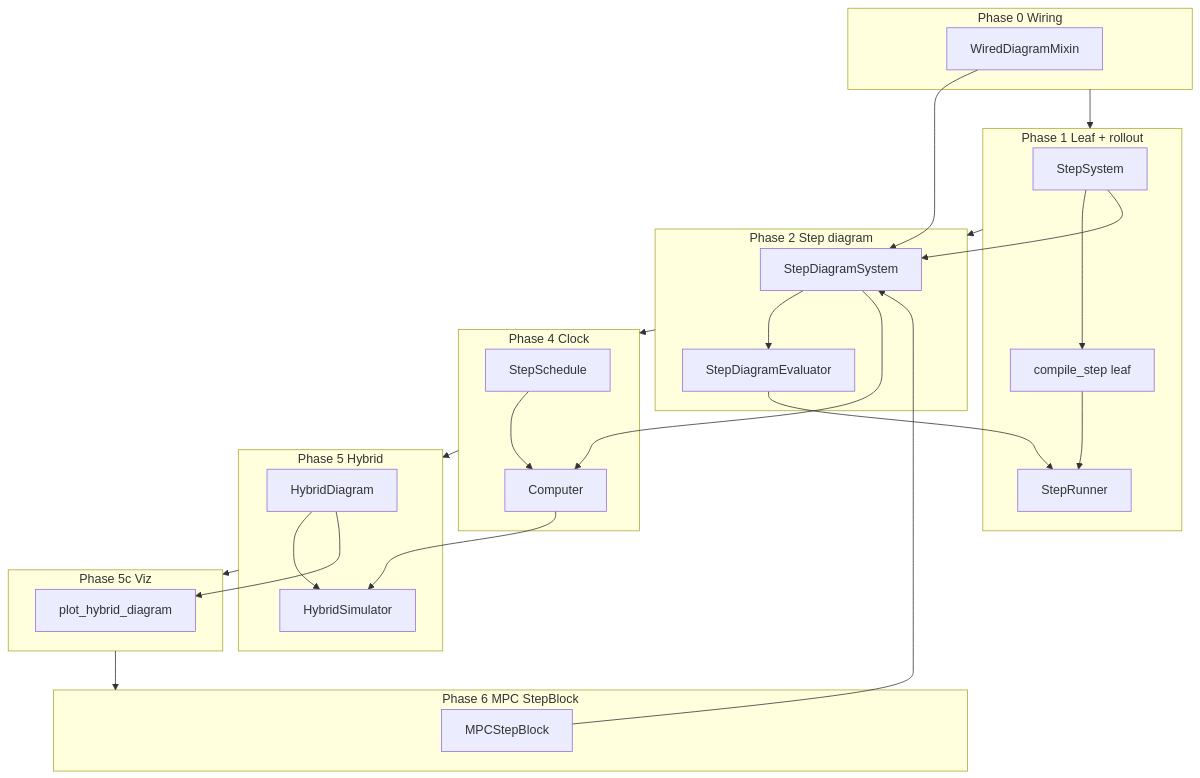
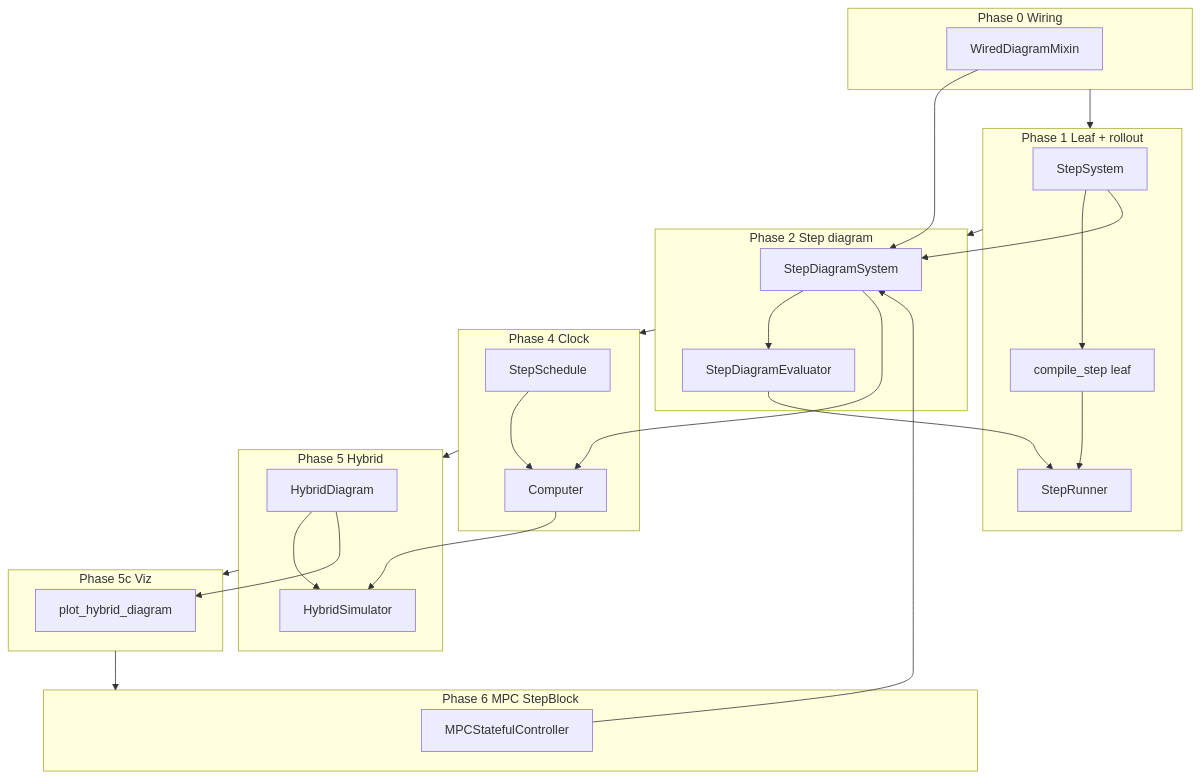
One commit to alx87grd/minilink changed the fourth of 4 diagrams in docs/plans/hybrid-discrete-simulation.md. Above: the diagram before and after it, drawn with Mermaid. The commit also changed other lines of this file and 22 other files, not shown here.

````diff
--- a/docs/plans/hybrid-discrete-simulation.md
+++ b/docs/plans/hybrid-discrete-simulation.md
@@ -570,46 +570,46 @@
 ```mermaid
 flowchart TB
     subgraph p0 [Phase 0 Wiring]
         WIR[WiredDiagramMixin]
     end
 
     subgraph p1 [Phase 1 Leaf + rollout]
         SS[StepSystem]
         CSL[compile_step leaf]
         SR[StepRunner]
     end
 
     subgraph p2 [Phase 2 Step diagram]
         SDS[StepDiagramSystem]
         SE[StepDiagramEvaluator]
     end
 
     subgraph p4 [Phase 4 Clock]
         SCH[StepSchedule]
         SO[Computer]
     end
 
     subgraph p5 [Phase 5 Hybrid]
         HD[HybridDiagram]
         HS[HybridSimulator]
     end
 
     subgraph p5c [Phase 5c Viz]
         PLOT[plot_hybrid_diagram]
     end
 
     subgraph p6 [Phase 6 MPC StepBlock]
-        MPC[MPCStepBlock]
+        MPC[MPCStatefulController]
     end
 
     WIR --> SDS
     SS --> CSL --> SR
     SS --> SDS --> SE --> SR
     SDS --> SO
     SCH --> SO
     SO --> HS
     HD --> HS
     HD --> PLOT
     MPC --> SDS
     p0 --> p1 --> p2 --> p4 --> p5 --> p5c --> p6
 ```
````
